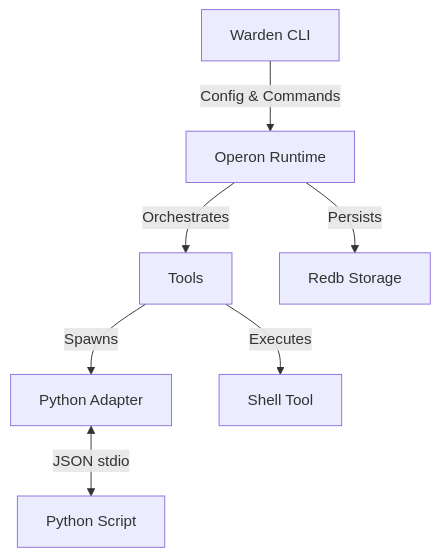
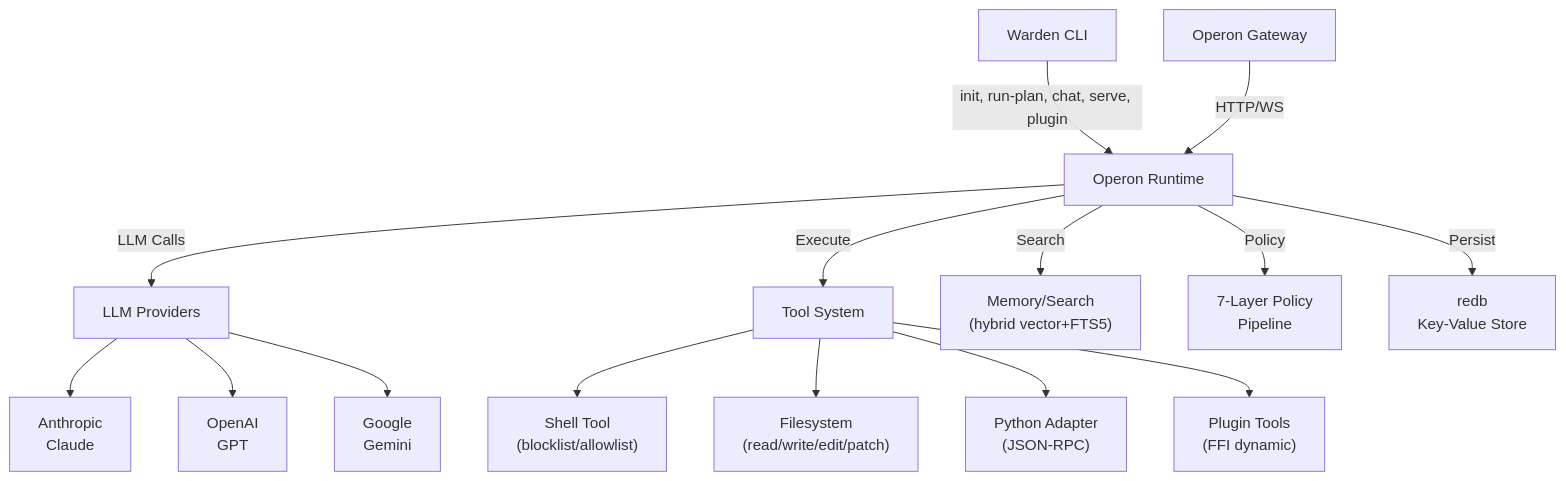
Before and after one commit to tranhoangtu-it/silentclaw: the diagram in README.md, drawn with Mermaid. The commit also changed other lines of this file, not shown here.

````diff
--- a/README.md
+++ b/README.md
@@ -17,9 +32,17 @@
 ```mermaid
 graph TD
-    CLI[Warden CLI] -->|Config & Commands| Runtime[Operon Runtime]
-    Runtime -->|Orchestrates| Tools
-    Tools -->|Spawns| PyAdapter[Python Adapter]
-    Tools -->|Executes| Shell[Shell Tool]
-    PyAdapter <-->|JSON stdio| PyScript[Python Script]
-    Runtime -->|Persists| Storage[Redb Storage]
+    CLI[Warden CLI] -->|init, run-plan, chat, serve, plugin| RT[Operon Runtime]
+    GW[Operon Gateway] -->|HTTP/WS| RT
+    RT -->|LLM Calls| LLM[LLM Providers]
+    LLM --> Claude["Anthropic<br/>Claude"]
+    LLM --> GPT["OpenAI<br/>GPT"]
+    LLM --> Gemini["Google<br/>Gemini"]
+    RT -->|Execute| Tools["Tool System"]
+    Tools --> Shell["Shell Tool<br/>(blocklist/allowlist)"]
+    Tools --> FS["Filesystem<br/>(read/write/edit/patch)"]
+    Tools --> Python["Python Adapter<br/>(JSON-RPC)"]
+    Tools --> Plugins["Plugin Tools<br/>(FFI dynamic)"]
+    RT -->|Search| Memory["Memory/Search<br/>(hybrid vector+FTS5)"]
+    RT -->|Policy| Policy["7-Layer Policy<br/>Pipeline"]
+    RT -->|Persist| Storage["redb<br/>Key-Value Store"]
 ```
````
